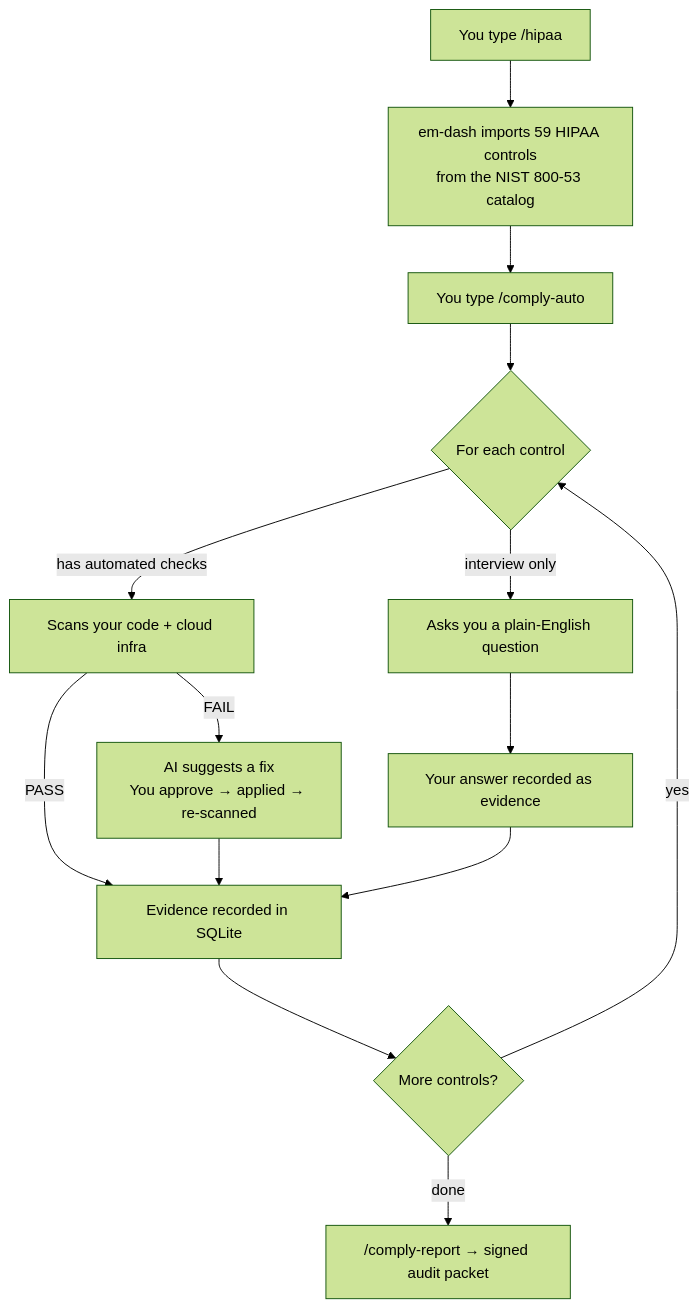
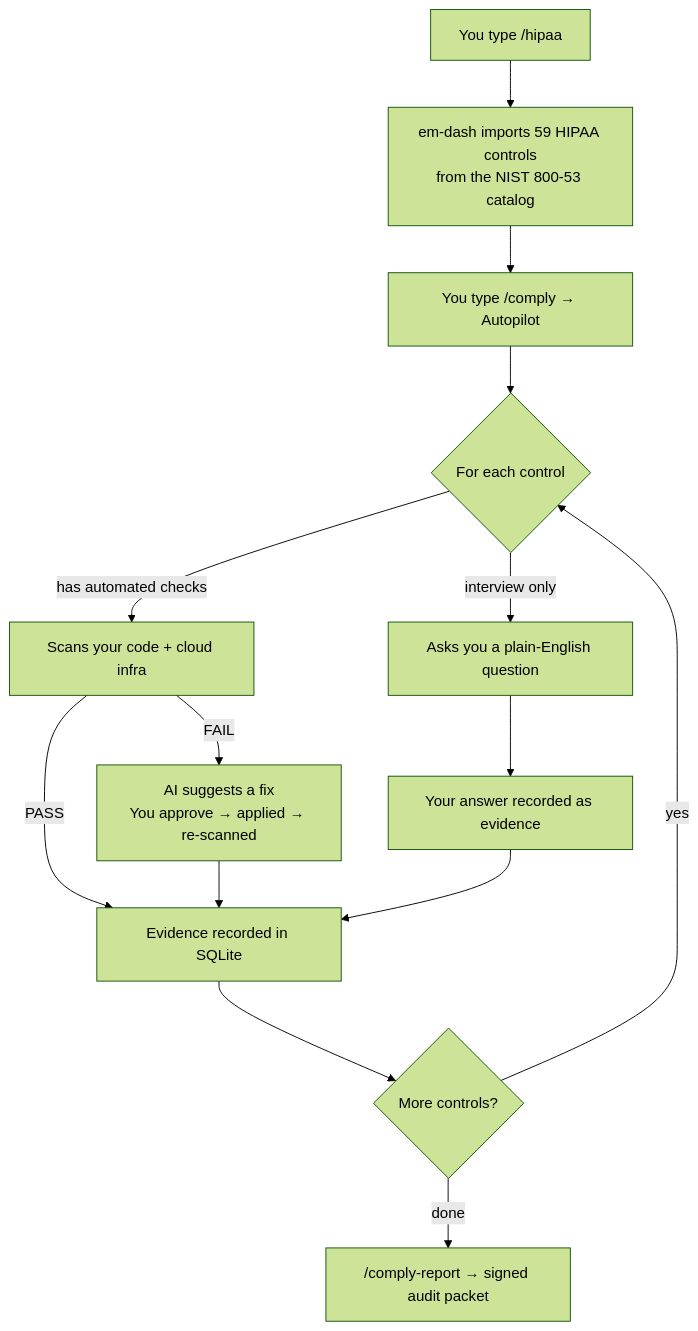
One commit to aanishs/em-dash changed the first of 5 diagrams in README.md. Above: the diagram before and after it, drawn with Mermaid (forest theme). The commit also changed other lines of this file and 6 other files, not shown here.

First line of the commit message:
fix: route users to /comply Autopilot, not the deprecated /comply-auto wrapper

````diff
--- a/README.md
+++ b/README.md
@@ -59,16 +59,16 @@
 ```mermaid
 flowchart TD
     A["You type /hipaa"] --> B["em-dash imports 59 HIPAA controls\nfrom the NIST 800-53 catalog"]
-    B --> C["You type /comply-auto"]
+    B --> C["You type /comply → Autopilot"]
     C --> D{For each control}
     D -->|has automated checks| E["Scans your code + cloud infra"]
     D -->|interview only| F["Asks you a plain-English question"]
     E -->|PASS| G["Evidence recorded in SQLite"]
     E -->|FAIL| H["AI suggests a fix\nYou approve → applied → re-scanned"]
     F --> I["Your answer recorded as evidence"]
     H --> G
     I --> G
     G --> J{More controls?}
     J -->|yes| D
     J -->|done| K["/comply-report → signed audit packet"]
 ```
````
